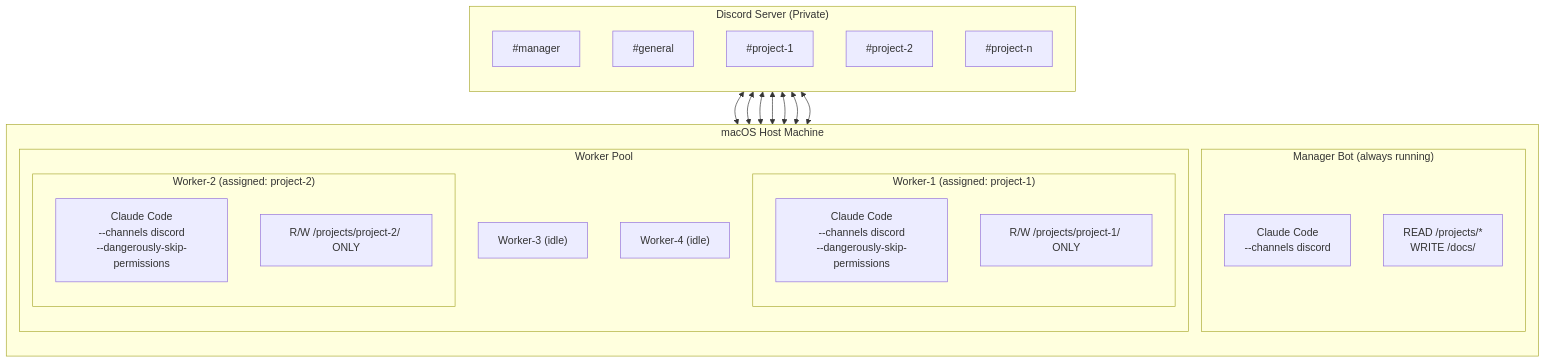
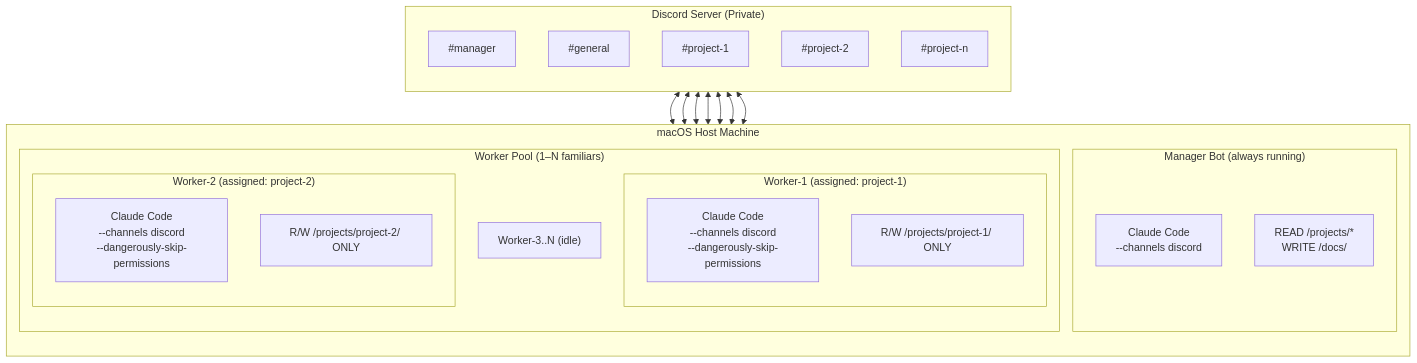
The first of 2 diagrams in docs/ARCHITECTURE.md (pmseltmann/cantrip), drawn with Mermaid before and after one commit. The commit also changed other lines of this file and 22 other files, not shown here.

````diff
--- a/docs/ARCHITECTURE.md
+++ b/docs/ARCHITECTURE.md
@@ -11,42 +11,41 @@
 ```mermaid
 graph TB
     subgraph Discord["Discord Server (Private)"]
         direction TB
         CH_MGR["#manager"]
         CH_GEN["#general"]
         CH_P1["#project-1"]
         CH_P2["#project-2"]
         CH_PN["#project-n"]
     end
 
     subgraph Host["macOS Host Machine"]
         direction TB
 
         subgraph Manager["Manager Bot (always running)"]
             M_CC["Claude Code<br/>--channels discord"]
             M_FS["READ /projects/*<br/>WRITE /docs/"]
         end
 
-        subgraph Pool["Worker Pool"]
+        subgraph Pool["Worker Pool (1–N familiars)"]
             subgraph W1["Worker-1 (assigned: project-1)"]
                 W1_CC["Claude Code<br/>--channels discord<br/>--dangerously-skip-permissions"]
                 W1_FS["R/W /projects/project-1/ ONLY"]
             end
             subgraph W2["Worker-2 (assigned: project-2)"]
                 W2_CC["Claude Code<br/>--channels discord<br/>--dangerously-skip-permissions"]
                 W2_FS["R/W /projects/project-2/ ONLY"]
             end
-            W3["Worker-3 (idle)"]
-            W4["Worker-4 (idle)"]
+            WN["Worker-3..N (idle)"]
         end
     end
 
     CH_MGR <--> M_CC
     CH_GEN <--> M_CC
     CH_P1 <--> M_CC
     CH_P2 <--> M_CC
     CH_PN <--> M_CC
 
     CH_P1 <--> W1_CC
     CH_P2 <--> W2_CC
 ```
````
